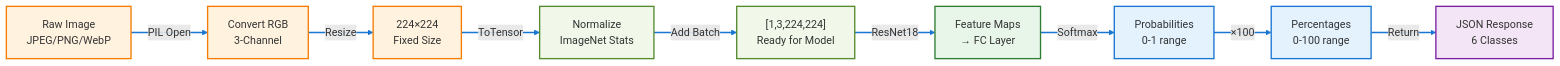
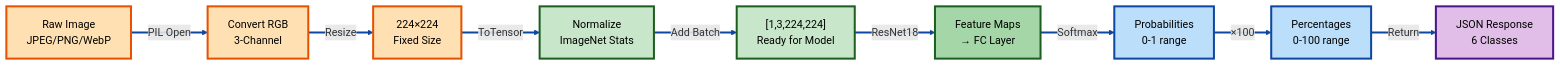
Before and after one commit to itssmdsh/MediScan: the third of 9 diagrams in DOCUMENTATION.md, drawn with Mermaid. The commit also changed other lines of this file, not shown here.

````diff
--- a/DOCUMENTATION.md
+++ b/DOCUMENTATION.md
@@ -262,23 +262,23 @@
 ```mermaid
 graph LR
     Raw["Raw Image<br/>JPEG/PNG/WebP"] -->|PIL Open| RGB["Convert RGB<br/>3-Channel"]
     RGB -->|Resize| Size["224×224<br/>Fixed Size"]
     Size -->|ToTensor| Tensor["Normalize<br/>ImageNet Stats"]
     Tensor -->|Add Batch| Batch["[1,3,224,224]<br/>Ready for Model"]
     Batch -->|ResNet18| Model["Feature Maps<br/>→ FC Layer"]
     Model -->|Softmax| Probs["Probabilities<br/>0-1 range"]
     Probs -->|×100| Percent["Percentages<br/>0-100 range"]
     Percent -->|Return| JSON["JSON Response<br/>6 Classes"]
     
-    style Raw fill:#fff3e0,stroke:#f57c00,stroke-width:2px
-    style RGB fill:#fff3e0,stroke:#f57c00,stroke-width:2px
-    style Size fill:#fff3e0,stroke:#f57c00,stroke-width:2px
-    style Tensor fill:#f1f8e9,stroke:#558b2f,stroke-width:2px
-    style Batch fill:#f1f8e9,stroke:#558b2f,stroke-width:2px
-    style Model fill:#e8f5e9,stroke:#2e7d32,stroke-width:2px
-    style Probs fill:#e3f2fd,stroke:#1976d2,stroke-width:2px
-    style Percent fill:#e3f2fd,stroke:#1976d2,stroke-width:2px
-    style JSON fill:#f3e5f5,stroke:#7b1fa2,stroke-width:2px
+    style Raw fill:#ffe0b2,stroke:#e65100,stroke-width:3px,color:#000
+    style RGB fill:#ffe0b2,stroke:#e65100,stroke-width:3px,color:#000
+    style Size fill:#ffe0b2,stroke:#e65100,stroke-width:3px,color:#000
+    style Tensor fill:#c8e6c9,stroke:#1b5e20,stroke-width:3px,color:#000
+    style Batch fill:#c8e6c9,stroke:#1b5e20,stroke-width:3px,color:#000
+    style Model fill:#a5d6a7,stroke:#1b5e20,stroke-width:3px,color:#000
+    style Probs fill:#bbdefb,stroke:#0d47a1,stroke-width:3px,color:#000
+    style Percent fill:#bbdefb,stroke:#0d47a1,stroke-width:3px,color:#000
+    style JSON fill:#e1bee7,stroke:#4a148c,stroke-width:3px,color:#000
     
-    linkStyle 0,1,2,3,4,5,6,7 stroke:#1976d2,stroke-width:2px
+    linkStyle 0,1,2,3,4,5,6,7 stroke:#0d47a1,stroke-width:3px
 ```
````
